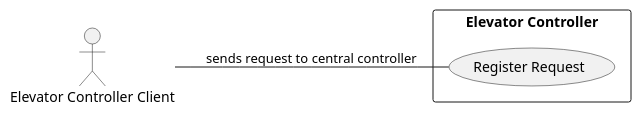
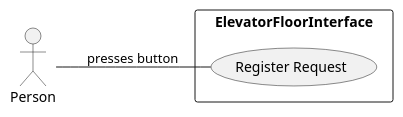
Before and after one commit to nabsha/ascender: the third of 3 diagrams in src/main/docs/UseCaseDiagrams.puml, drawn with PlantUML. The commit also changed other lines of this file and 11 other files, not shown here.

```diff
--- a/src/main/docs/UseCaseDiagrams.puml
+++ b/src/main/docs/UseCaseDiagrams.puml
@@ -34,9 +34,9 @@
 @startuml
 left to right direction
 
-actor "Elevator Controller Client" as ECC
-rectangle "Elevator Controller" {
-  ECC -- (Register Request) : sends request to central controller
+actor "Person" as ECC
+rectangle "ElevatorFloorInterface" {
+  ECC -- (Register Request) : presses button
 }
 
 @enduml
```
